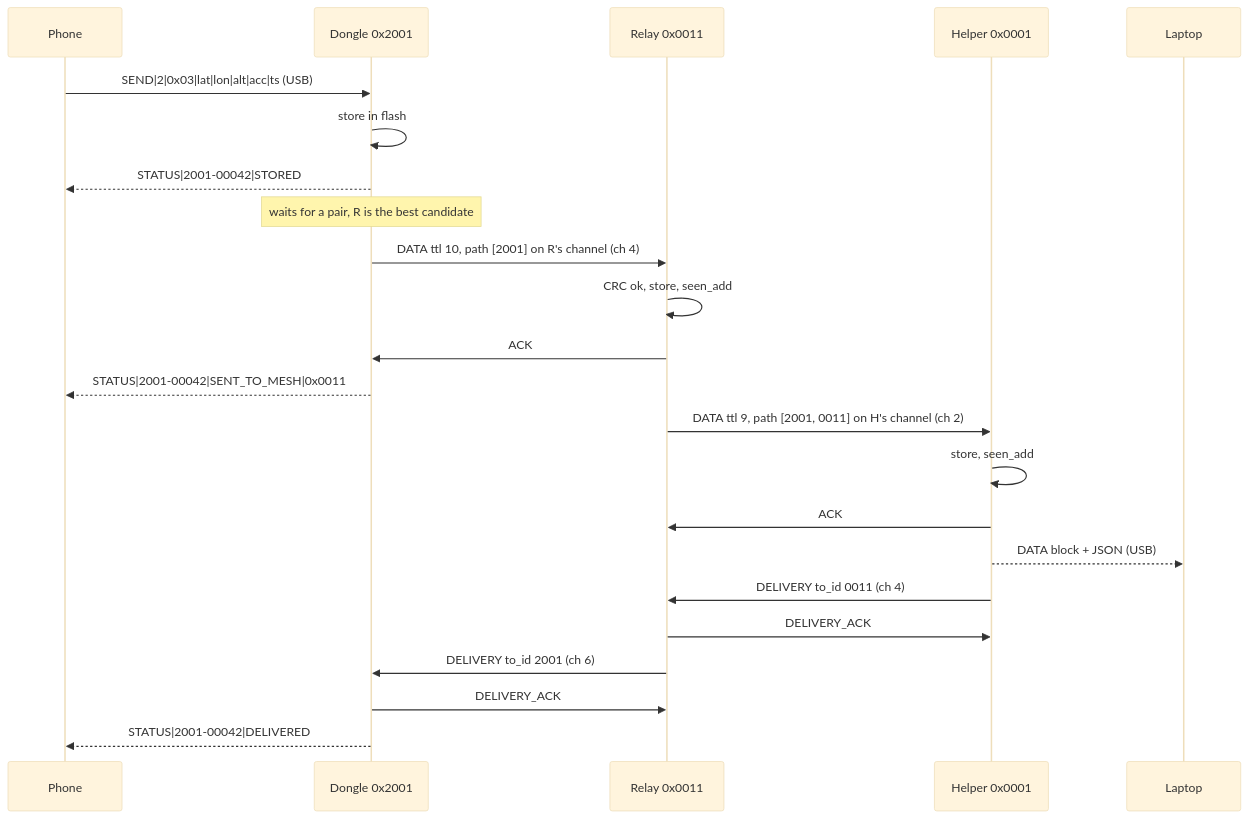
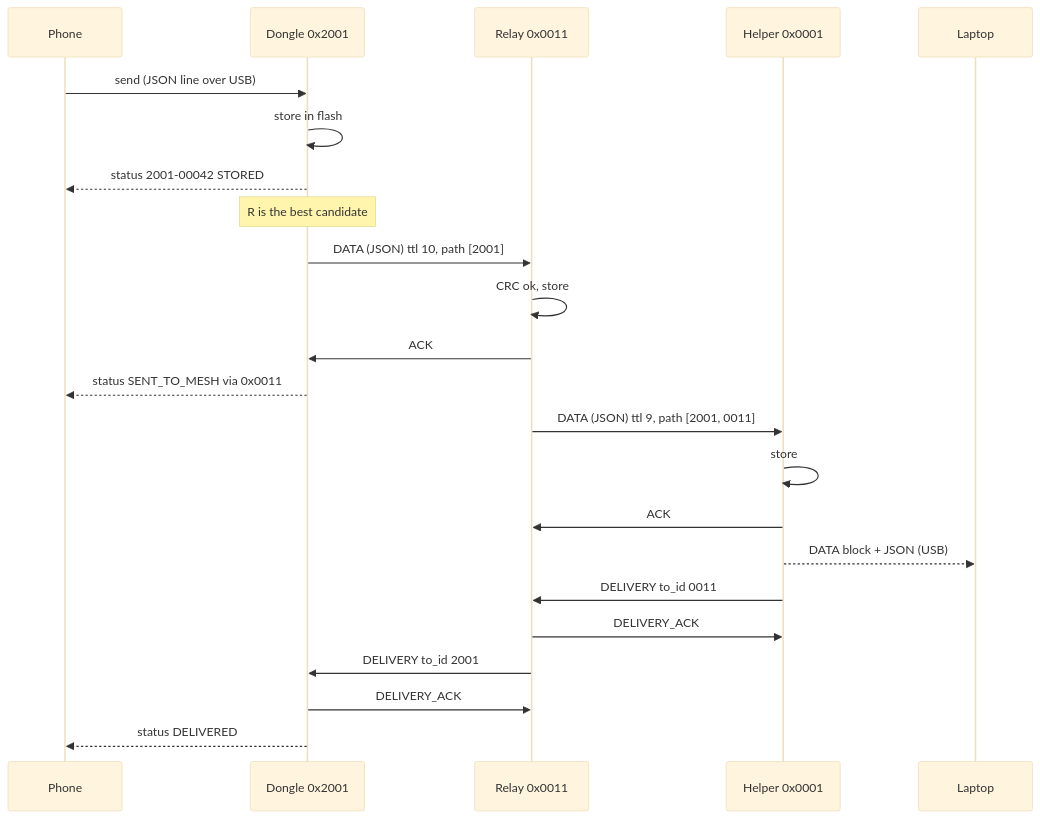
Before and after one commit to CodeCrafterAdi2006/dhruva_jaal: the diagram in docs/algorithm-design.md, drawn with Mermaid (base theme). The commit also changed other lines of this file and 49 other files, not shown here.

Commit message:
feat(sync): merge Arnav's JSON over USB/LoRa updates & unified single-file firmware

````diff
--- a/docs/algorithm-design.md
+++ b/docs/algorithm-design.md
@@ -337,25 +245,25 @@
 ```mermaid
 sequenceDiagram
     participant P as Phone
     participant D as Dongle 0x2001
     participant R as Relay 0x0011
     participant H as Helper 0x0001
     participant PC as Laptop
-    P->>D: SEND|2|0x03|lat|lon|alt|acc|ts (USB)
+    P->>D: send (JSON line over USB)
     D->>D: store in flash
-    D-->>P: STATUS|2001-00042|STORED
-    Note over D: waits for a pair, R is the best candidate
-    D->>R: DATA ttl 10, path [2001] on R's channel (ch 4)
-    R->>R: CRC ok, store, seen_add
+    D-->>P: status 2001-00042 STORED
+    Note over D: R is the best candidate
+    D->>R: DATA (JSON) ttl 10, path [2001]
+    R->>R: CRC ok, store
     R->>D: ACK
-    D-->>P: STATUS|2001-00042|SENT_TO_MESH|0x0011
-    R->>H: DATA ttl 9, path [2001, 0011] on H's channel (ch 2)
-    H->>H: store, seen_add
+    D-->>P: status SENT_TO_MESH via 0x0011
+    R->>H: DATA (JSON) ttl 9, path [2001, 0011]
+    H->>H: store
     H->>R: ACK
     H-->>PC: DATA block + JSON (USB)
-    H->>R: DELIVERY to_id 0011 (ch 4)
+    H->>R: DELIVERY to_id 0011
     R->>H: DELIVERY_ACK
-    R->>D: DELIVERY to_id 2001 (ch 6)
+    R->>D: DELIVERY to_id 2001
     D->>R: DELIVERY_ACK
-    D-->>P: STATUS|2001-00042|DELIVERED
+    D-->>P: status DELIVERED
 ```
````
